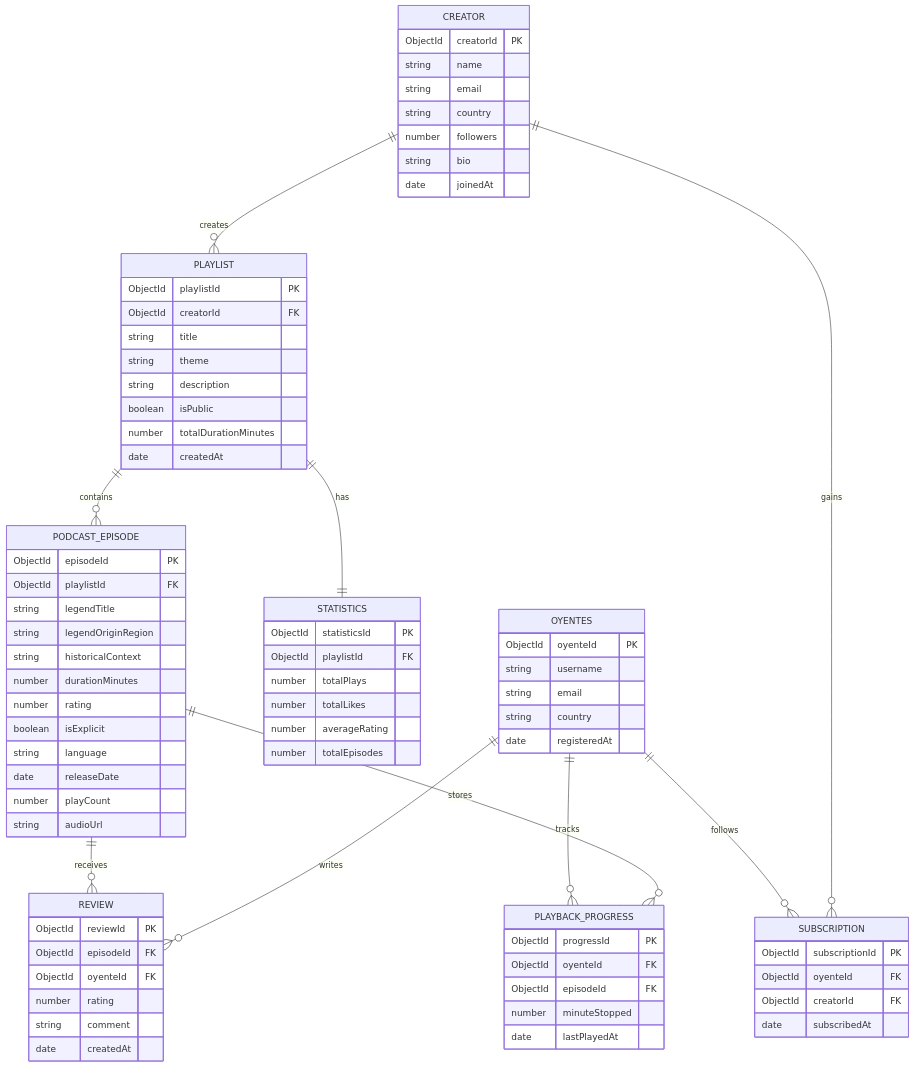
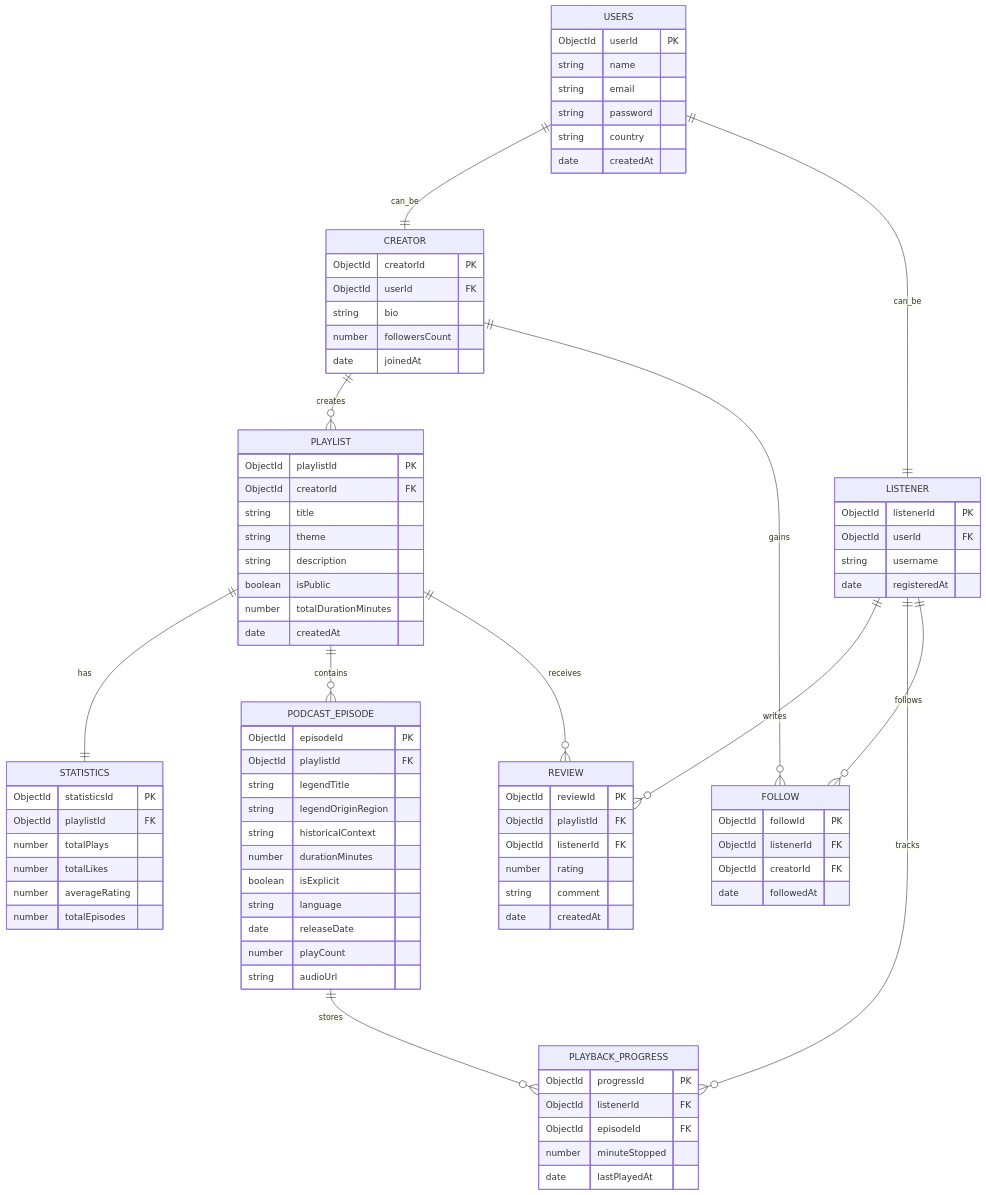
One commit to klraJlpz/Podcasts- changed the diagram in docs/schema.md. Above: the diagram before and after it, drawn with Mermaid.

Commit message:
Actualizar schema.md

````diff
--- a/docs/schema.md
+++ b/docs/schema.md
@@ -1,21 +1,35 @@
 ```mermaid
 erDiagram
+
+USERS {
+    ObjectId userId PK
+    string name
+    string email
+    string password
+    string country
+    date createdAt
+}
+
 CREATOR {
     ObjectId creatorId PK
-    string name
-    string email
-    string country
-    number followers
+    ObjectId userId FK
     string bio
+    number followersCount
     date joinedAt
 }
 
-OYENTES {
-    ObjectId oyenteId PK
+LISTENER {
+    ObjectId listenerId PK
+    ObjectId userId FK
     string username
-    string email
-    string country
     date registeredAt
+}
+
+FOLLOW {
+    ObjectId followId PK
+    ObjectId listenerId FK
+    ObjectId creatorId FK
+    date followedAt
 }
 
 PLAYLIST {
@@ -45,7 +59,6 @@
     string legendOriginRegion
     string historicalContext
     number durationMinutes
-    number rating
     boolean isExplicit
     string language
     date releaseDate
@@ -55,8 +68,8 @@
 
 REVIEW {
     ObjectId reviewId PK
-    ObjectId episodeId FK
-    ObjectId oyenteId FK
+    ObjectId playlistId FK
+    ObjectId listenerId FK
     number rating
     string comment
     date createdAt
@@ -64,26 +77,21 @@
 
 PLAYBACK_PROGRESS {
     ObjectId progressId PK
-    ObjectId oyenteId FK
+    ObjectId listenerId FK
     ObjectId episodeId FK
     number minuteStopped
     date lastPlayedAt
 }
 
-SUBSCRIPTION {
-    ObjectId subscriptionId PK
-    ObjectId oyenteId FK
-    ObjectId creatorId FK
-    date subscribedAt
-}
-
+USERS ||--|| CREATOR : can_be
+USERS ||--|| LISTENER : can_be
 CREATOR ||--o{ PLAYLIST : creates
 PLAYLIST ||--|| STATISTICS : has
 PLAYLIST ||--o{ PODCAST_EPISODE : contains
-PODCAST_EPISODE ||--o{ REVIEW : receives
-OYENTES ||--o{ REVIEW : writes
-OYENTES ||--o{ PLAYBACK_PROGRESS : tracks
+PLAYLIST ||--o{ REVIEW : receives
+LISTENER ||--o{ REVIEW : writes
+LISTENER ||--o{ PLAYBACK_PROGRESS : tracks
 PODCAST_EPISODE ||--o{ PLAYBACK_PROGRESS : stores
-OYENTES ||--o{ SUBSCRIPTION : follows
-CREATOR ||--o{ SUBSCRIPTION : gains
+LISTENER ||--o{ FOLLOW : follows
+CREATOR ||--o{ FOLLOW : gains
 ```
````
